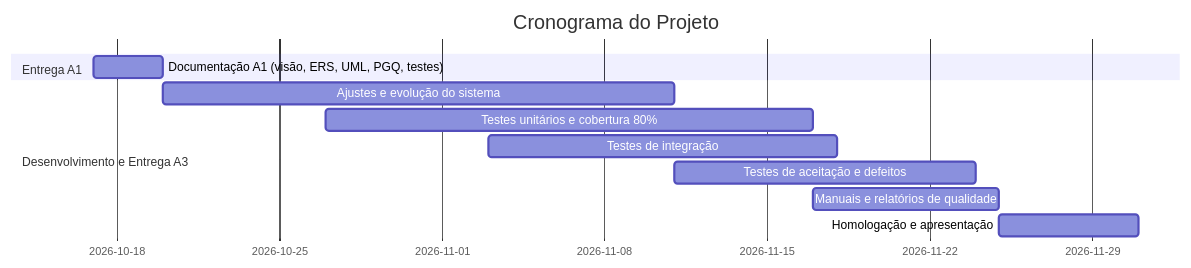
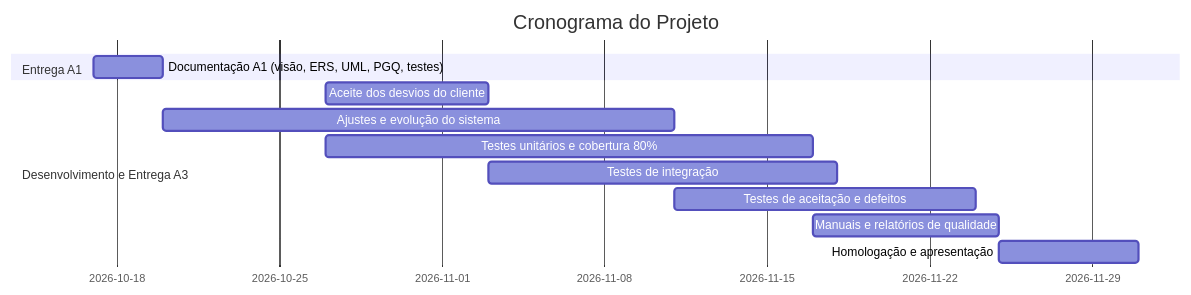
One commit to jvfraga01/Projeto_FolhaPagamento changed the second of 2 diagrams in 03_Projeto/Planejamento_do_Projeto.md. Above: the diagram before and after it, drawn with Mermaid. The commit also changed other lines of this file and 22 other files, not shown here.

````diff
--- a/03_Projeto/Planejamento_do_Projeto.md
+++ b/03_Projeto/Planejamento_do_Projeto.md
@@ -34,16 +34,17 @@
 ```mermaid
 gantt
     title Cronograma do Projeto
     dateFormat YYYY-MM-DD
 
     section Entrega A1
     Documentação A1 (visão, ERS, UML, PGQ, testes) :tarefa1, 2026-10-17, 2026-10-20
 
     section Desenvolvimento e Entrega A3
+    Aceite dos desvios do cliente :tarefa8, 2026-10-27, 2026-11-03
     Ajustes e evolução do sistema :tarefa2, 2026-10-20, 2026-11-11
     Testes unitários e cobertura 80% :tarefa3, 2026-10-27, 2026-11-17
     Testes de integração :tarefa4, 2026-11-03, 2026-11-18
     Testes de aceitação e defeitos :tarefa5, 2026-11-11, 2026-11-24
     Manuais e relatórios de qualidade :tarefa6, 2026-11-17, 2026-11-25
     Homologação e apresentação :tarefa7, 2026-11-25, 2026-12-01
 ```
````
